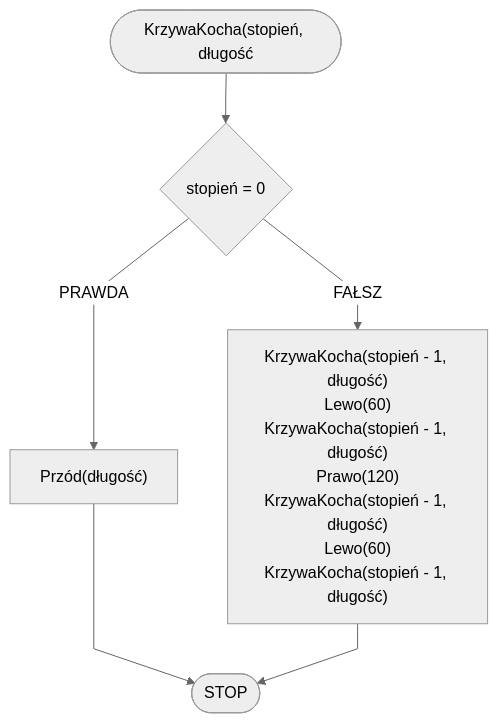
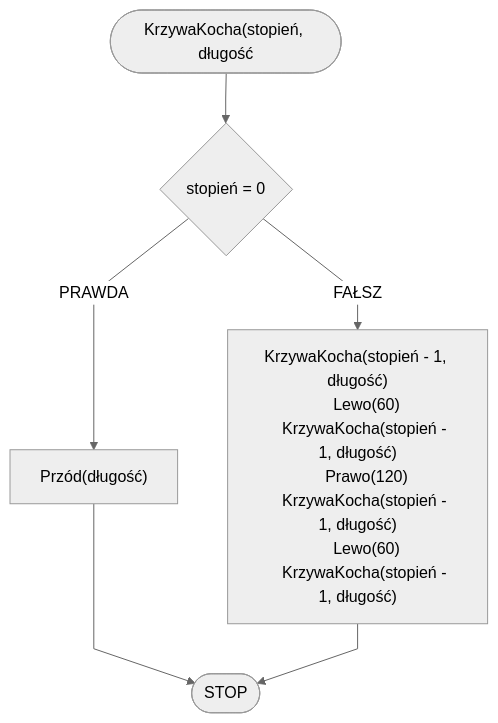
Before and after one commit to blackbat13/edu-cs-htiew-pl: the diagram in docs/algorithms/fractals/koch-curve.md, drawn with Mermaid. The commit also changed 32 other files, not shown here.

````diff
--- a/docs/algorithms/fractals/koch-curve.md
+++ b/docs/algorithms/fractals/koch-curve.md
@@ -38,9 +38,15 @@
 ```mermaid
 %%{init: {"flowchart": {"curve": "linear"}, "theme": "neutral"} }%%
 flowchart TD
     START(["KrzywaKocha(stopień, długość"]) --> K1{stopień = 0}
     K1 -- PRAWDA --> K2["Przód(długość)"]
     K2 --> STOP([STOP])
-    K1 -- FAŁSZ --> K4["KrzywaKocha(stopień - 1, długość)\nLewo(60)\nKrzywaKocha(stopień - 1, długość)\nPrawo(120)\nKrzywaKocha(stopień - 1, długość)\nLewo(60)\nKrzywaKocha(stopień - 1, długość)"]
+    K1 -- FAŁSZ --> K4["KrzywaKocha(stopień - 1, długość)
+    Lewo(60)
+    KrzywaKocha(stopień - 1, długość)
+    Prawo(120)
+    KrzywaKocha(stopień - 1, długość)
+    Lewo(60)
+    KrzywaKocha(stopień - 1, długość)"]
     K4 --> STOP
 ```
````
